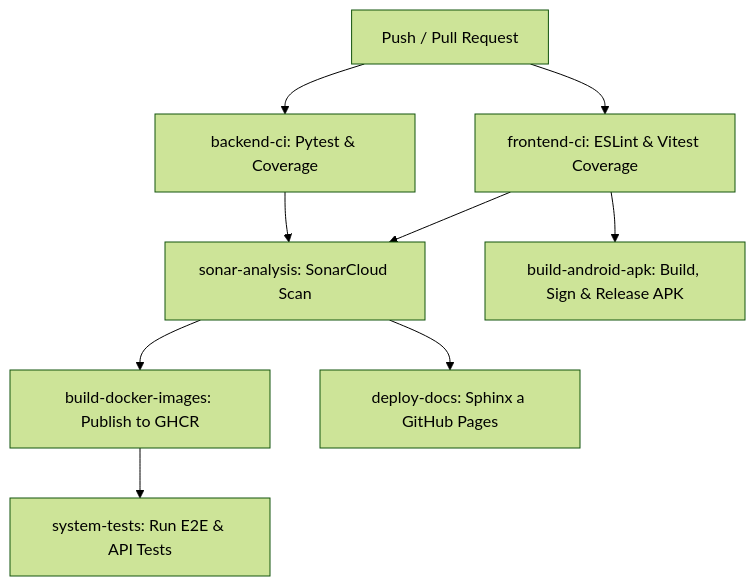
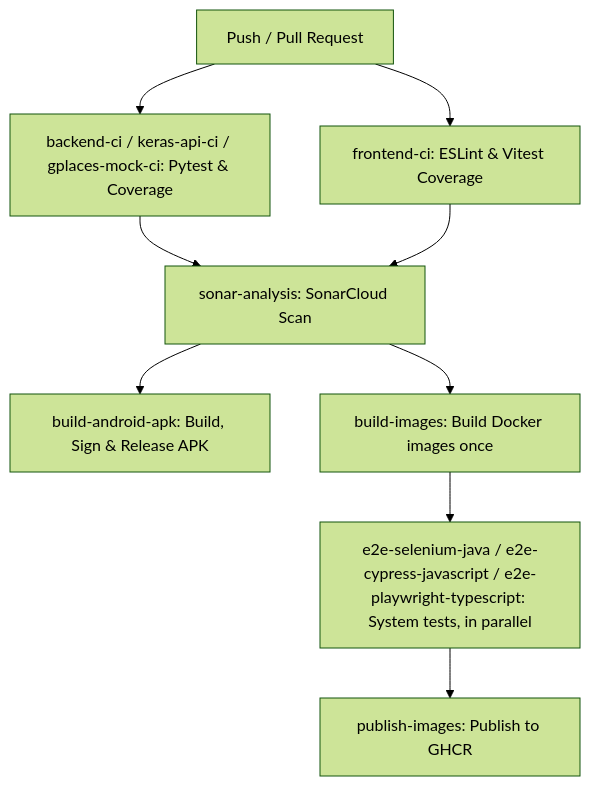
The diagram in sut/README.md (augustocristian/giise2ebench-st-devorapp), drawn with Mermaid (forest theme) before and after one commit. The commit also changed other lines of this file and 268 other files, not shown here.

````diff
--- a/sut/README.md
+++ b/sut/README.md
@@ -408,11 +414,11 @@
 ```mermaid
 graph TD
-    A[Push / Pull Request] --> B[backend-ci: Pytest & Coverage]
+    A[Push / Pull Request] --> B[backend-ci / keras-api-ci / gplaces-mock-ci: Pytest & Coverage]
     A --> C[frontend-ci: ESLint & Vitest Coverage]
     B --> D[sonar-analysis: SonarCloud Scan]
     C --> D
-    C --> H[build-android-apk: Build, Sign & Release APK]
-    D --> E[build-docker-images: Publish to GHCR]
-    D --> F[deploy-docs: Sphinx a GitHub Pages]
-    E --> G[system-tests: Run E2E & API Tests]
+    D --> H[build-android-apk: Build, Sign & Release APK]
+    D --> E[build-images: Build Docker images once]
+    E --> G[e2e-selenium-java / e2e-cypress-javascript / e2e-playwright-typescript: System tests, in parallel]
+    G --> F[publish-images: Publish to GHCR]
 ```
````
